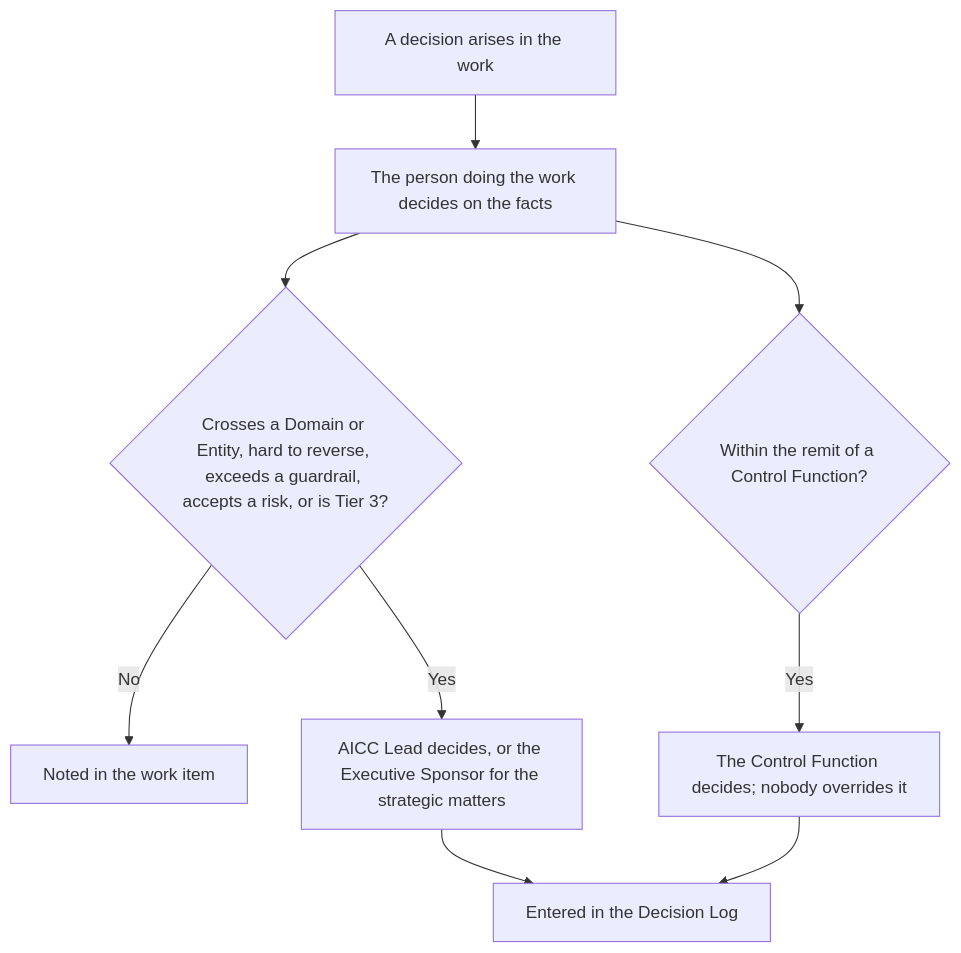
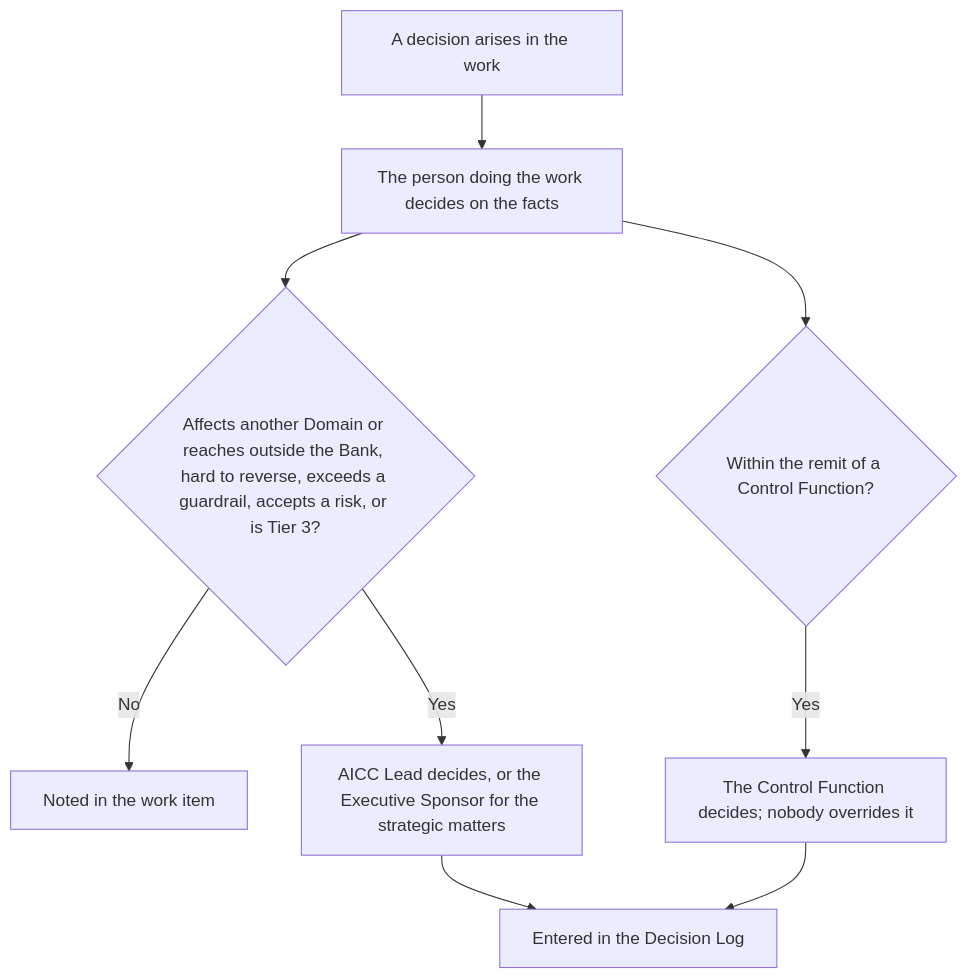
The third of 4 diagrams in charter/workflows/unit-governance.md (devhogu/ob-aicc), drawn with Mermaid before and after one commit. The commit also changed 24 other files, not shown here.

First line of the commit message:
Charter of the Bank, Control Matrix, README index, Executive Summary (DR-2026-035, DR-2026-036)

````diff
--- a/charter/workflows/unit-governance.md
+++ b/charter/workflows/unit-governance.md
@@ -71,11 +71,11 @@
 ```mermaid
 flowchart TB
   A["A decision arises in the work"] --> B["The person doing the work decides on the facts"]
-  B --> C{"Crosses a Domain or Entity, hard to reverse, exceeds a guardrail, accepts a risk, or is Tier 3?"}
+  B --> C{"Affects another Domain or reaches outside the Bank, hard to reverse, exceeds a guardrail, accepts a risk, or is Tier 3?"}
   C -->|No| D["Noted in the work item"]
   C -->|Yes| E["AICC Lead decides, or the Executive Sponsor for the strategic matters"]
   E --> F["Entered in the Decision Log"]
   B --> G{"Within the remit of a Control Function?"}
   G -->|Yes| H["The Control Function decides; nobody overrides it"]
   H --> F
 ```
````
